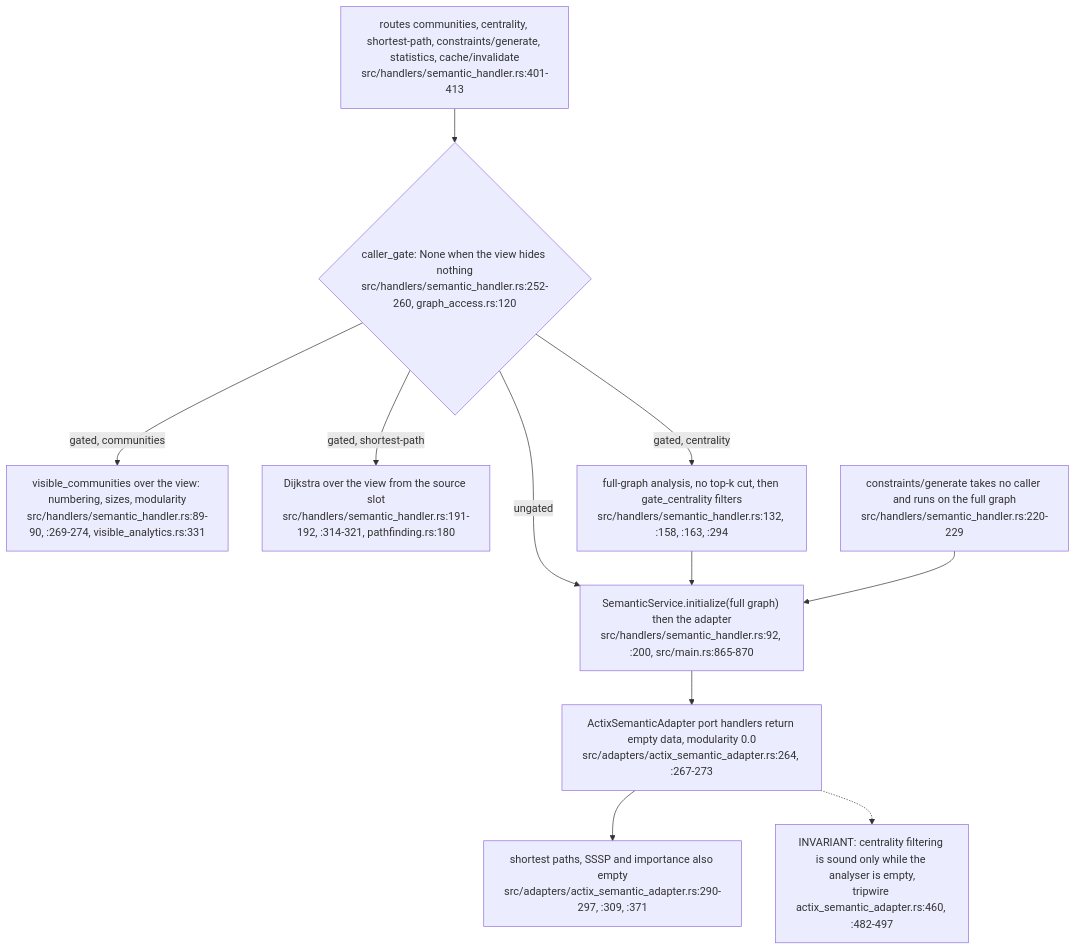
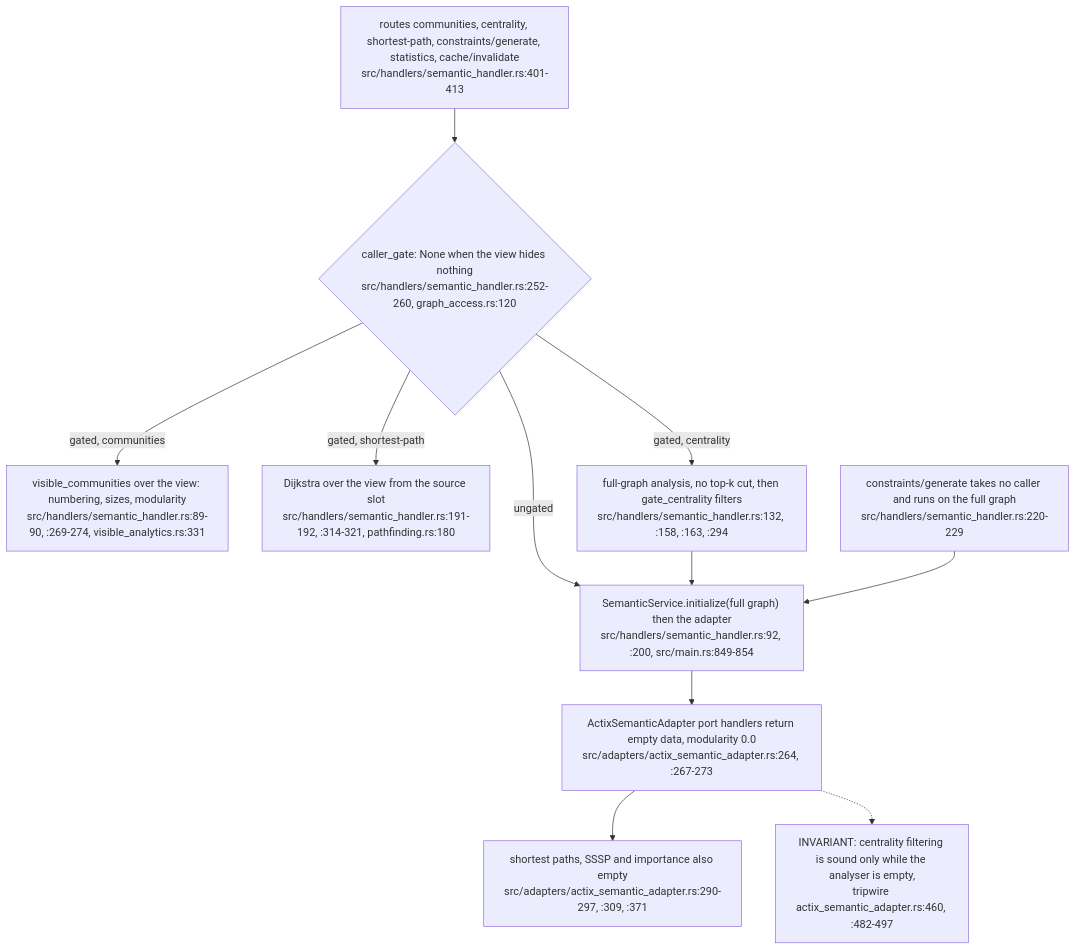
One commit to DreamLab-AI/VisionFlow changed diagram 12 of 12 in docs/diagrams/visionclaw/25-insight-kpi-nlq-semantics.md. Above: the diagram before and after it, drawn with Mermaid. The commit also changed other lines of this file and 7 other files, not shown here.

First line of the commit message:
diagrams(visionclaw): re-verify VC-25..28 and VC-30..33 at visionclaw 4900ec60b, agentbox 59b1aca1c

````diff
--- a/docs/diagrams/visionclaw/25-insight-kpi-nlq-semantics.md
+++ b/docs/diagrams/visionclaw/25-insight-kpi-nlq-semantics.md
@@ -503,14 +504,14 @@
 ```mermaid
 flowchart TB
     R["routes communities, centrality, shortest-path, constraints/generate, statistics, cache/invalidate<br/>src/handlers/semantic_handler.rs:401-413"]
     R --> CG{"caller_gate: None when the view hides nothing<br/>src/handlers/semantic_handler.rs:252-260, graph_access.rs:120"}
     CG -->|"gated, communities"| VC["visible_communities over the view: numbering, sizes, modularity<br/>src/handlers/semantic_handler.rs:89-90, :269-274, visible_analytics.rs:331"]
     CG -->|"gated, shortest-path"| VS["Dijkstra over the view from the source slot<br/>src/handlers/semantic_handler.rs:191-192, :314-321, pathfinding.rs:180"]
     CG -->|"gated, centrality"| CF["full-graph analysis, no top-k cut, then gate_centrality filters<br/>src/handlers/semantic_handler.rs:132, :158, :163, :294"]
-    CG -->|"ungated"| SS["SemanticService.initialize(full graph) then the adapter<br/>src/handlers/semantic_handler.rs:92, :200, src/main.rs:865-870"]
+    CG -->|"ungated"| SS["SemanticService.initialize(full graph) then the adapter<br/>src/handlers/semantic_handler.rs:92, :200, src/main.rs:849-854"]
     CF --> SS
     SS --> AD["ActixSemanticAdapter port handlers return empty data, modularity 0.0<br/>src/adapters/actix_semantic_adapter.rs:264, :267-273"]
     AD --> EMPTY["shortest paths, SSSP and importance also empty<br/>src/adapters/actix_semantic_adapter.rs:290-297, :309, :371"]
     GEN["constraints/generate takes no caller and runs on the full graph<br/>src/handlers/semantic_handler.rs:220-229"] --> SS
     AD -.-> INV["INVARIANT: centrality filtering is sound only while the analyser is empty,<br/>tripwire actix_semantic_adapter.rs:460, :482-497"]
 ```
````
